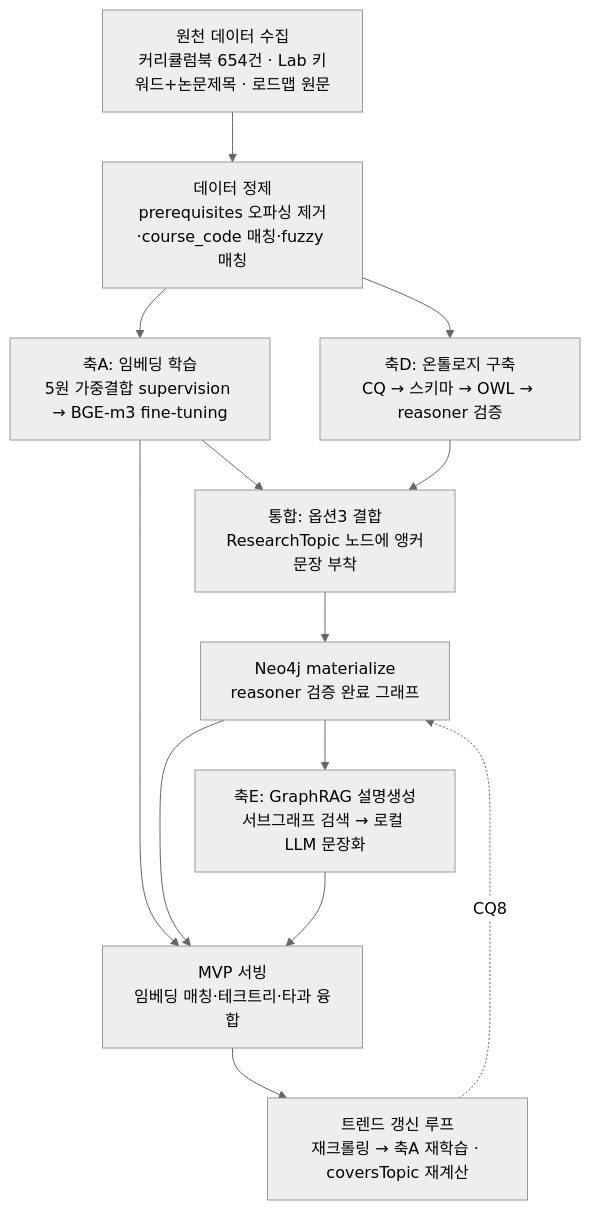
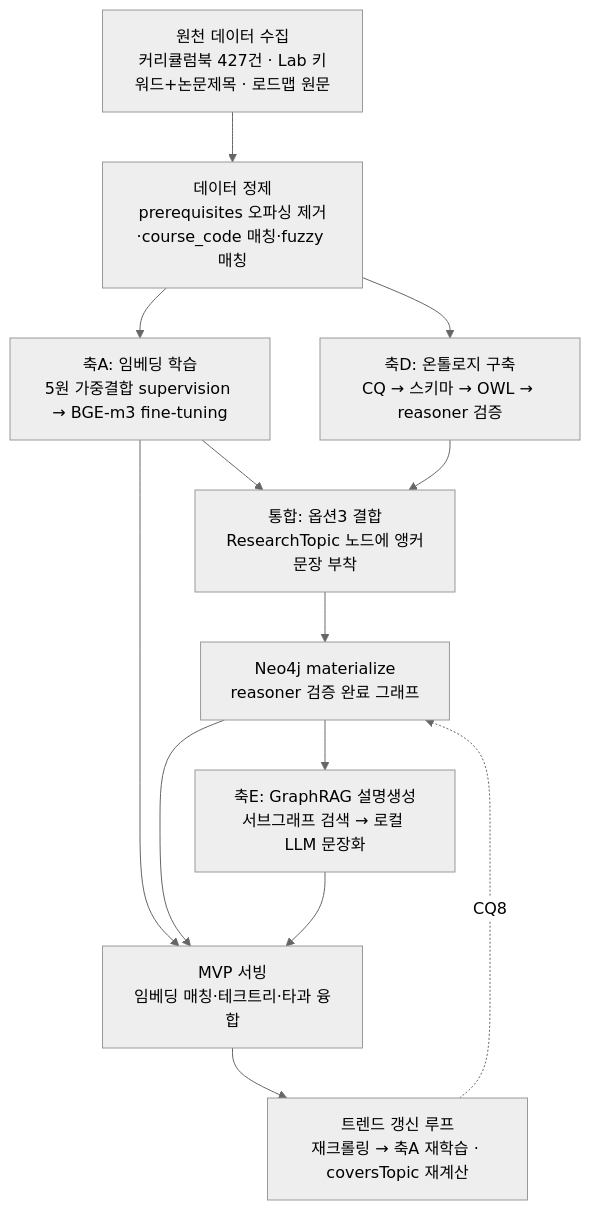
Before and after one commit to sternjeong/UGRP_2026: the first of 5 diagrams in PROJECT_DESIGN.md, drawn with Mermaid (neutral theme). The commit also changed other lines of this file and 6 other files, not shown here.

First line of the commit message:
Clean prerequisite data via code/fuzzy matching and a human review pass

````diff
--- a/PROJECT_DESIGN.md
+++ b/PROJECT_DESIGN.md
@@ -354,15 +358,15 @@
 ```mermaid
 flowchart TD
-    A[원천 데이터 수집<br/>커리큘럼북 654건 · Lab 키워드+논문제목 · 로드맵 원문] --> B[데이터 정제<br/>prerequisites 오파싱 제거·course_code 매칭·fuzzy 매칭]
+    A[원천 데이터 수집<br/>커리큘럼북 427건 · Lab 키워드+논문제목 · 로드맵 원문] --> B[데이터 정제<br/>prerequisites 오파싱 제거·course_code 매칭·fuzzy 매칭]
     B --> C[축A: 임베딩 학습<br/>5원 가중결합 supervision → BGE-m3 fine-tuning]
     B --> D[축D: 온톨로지 구축<br/>CQ → 스키마 → OWL → reasoner 검증]
     C --> E[통합: 옵션3 결합<br/>ResearchTopic 노드에 앵커문장 부착]
     D --> E
     E --> F[Neo4j materialize<br/>reasoner 검증 완료 그래프]
     F --> G[축E: GraphRAG 설명생성<br/>서브그래프 검색 → 로컬 LLM 문장화]
     C --> H[MVP 서빙<br/>임베딩 매칭·테크트리·타과 융합]
     F --> H
     G --> H
     H --> I[트렌드 갱신 루프<br/>재크롤링 → 축A 재학습 · coversTopic 재계산]
     I -.CQ8.-> F
 ```
````
